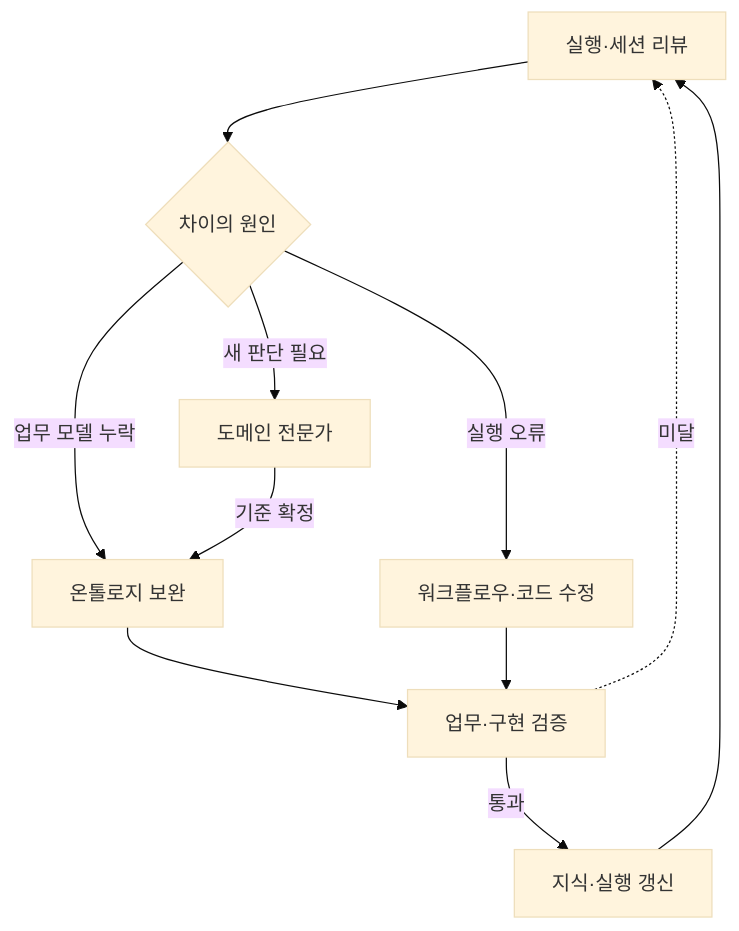
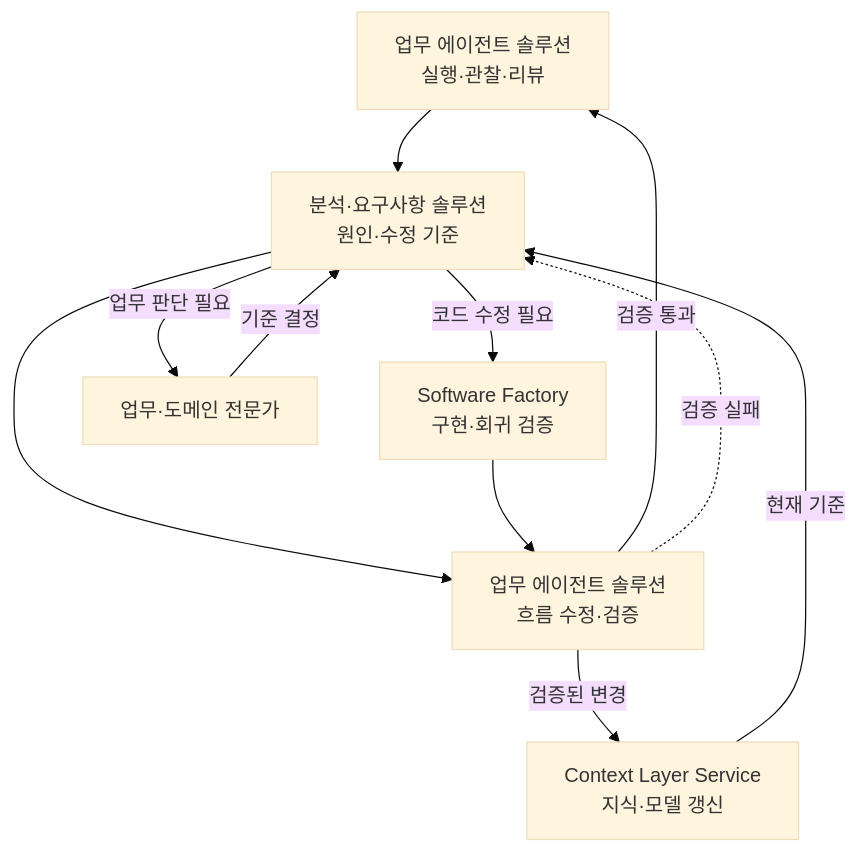
Before and after one commit to haandol/haandol.github.com: the sixth of 6 diagrams in _posts/2026-11-05-enterprise-wide-ax-essentials.md, drawn with Mermaid (base theme). The commit also changed other lines of this file and 5 other files, not shown here.

````diff
--- a/_posts/2026-11-05-enterprise-wide-ax-essentials.md
+++ b/_posts/2026-11-05-enterprise-wide-ax-essentials.md
@@ -326,13 +299,13 @@
 ```mermaid
 flowchart TB
-  R["실행·세션 리뷰"] --> D{"차이의 원인"}
-  D -->|"업무 모델 누락"| K["온톨로지 보완"]
-  D -->|"실행 오류"| I["워크플로우·코드 수정"]
-  D -->|"새 판단 필요"| O["도메인 전문가"]
-  O -->|"기준 확정"| K
-  K --> V["업무·구현 검증"]
-  I --> V
-  V -->|"통과"| S["지식·실행 갱신"]
-  V -.->|"미달"| R
-  S --> R
+  A["업무 에이전트 솔루션<br/>실행·관찰·리뷰"] --> R["분석·요구사항 솔루션<br/>원인·수정 기준"]
+  R --> W["업무 에이전트 솔루션<br/>흐름 수정·검증"]
+  R -->|"코드 수정 필요"| F["Software Factory<br/>구현·회귀 검증"]
+  F --> W
+  W -->|"검증 통과"| A
+  W -->|"검증된 변경"| K["Context Layer Service<br/>지식·모델 갱신"]
+  K -->|"현재 기준"| R
+  R -->|"업무 판단 필요"| O["업무·도메인 전문가"]
+  O -->|"기준 결정"| R
+  W -.->|"검증 실패"| R
 ```
````
